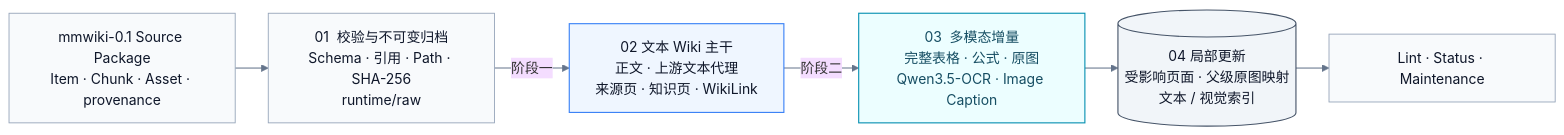
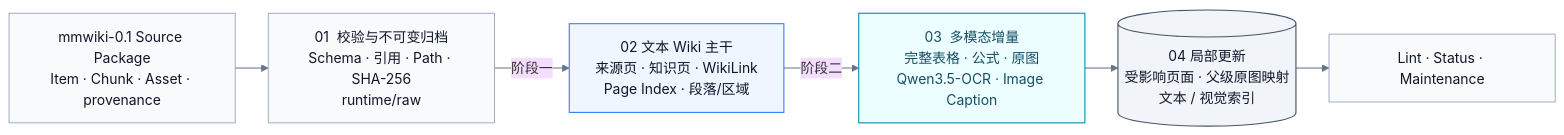
Before and after one commit to yooa722/multimodal-llm-wiki: the third of 3 diagrams in .opencode/skills/multimodal-wiki/README.md, drawn with Mermaid. The commit also changed other lines of this file and 12 other files, not shown here.

````diff
--- a/.opencode/skills/multimodal-wiki/README.md
+++ b/.opencode/skills/multimodal-wiki/README.md
@@ -124,19 +126,19 @@
 ```mermaid
 %%{init: {"theme":"base","flowchart":{"curve":"linear","nodeSpacing":32,"rankSpacing":38},"themeVariables":{"fontFamily":"Inter, -apple-system, BlinkMacSystemFont, Segoe UI, sans-serif"}}}%%
 flowchart LR
     A["mmwiki-0.1 Source Package<br/>Item · Chunk · Asset · provenance"] --> B["01  校验与不可变归档<br/>Schema · 引用 · Path · SHA-256<br/>runtime/raw"]
-    B -->|"阶段一"| C["02  文本 Wiki 主干<br/>正文 · 上游文本代理<br/>来源页 · 知识页 · WikiLink"]
+    B -->|"阶段一"| C["02  文本 Wiki 主干<br/>来源页 · 知识页 · WikiLink<br/>Page Index · 段落/区域"]
     C -->|"阶段二"| D["03  多模态增量<br/>完整表格 · 公式 · 原图<br/>Qwen3.5-OCR · Image Caption"]
     D --> E[("04  局部更新<br/>受影响页面 · 父级原图映射<br/>文本 / 视觉索引")]
     E --> F["Lint · Status · Maintenance"]
 
     class A,B,F neutral
     class C core
     class D multimodal
     class E storage
     classDef neutral fill:#F8FAFC,stroke:#94A3B8,color:#0F172A,stroke-width:1px
     classDef core fill:#EFF6FF,stroke:#3B82F6,color:#0F172A,stroke-width:1.3px
     classDef multimodal fill:#ECFEFF,stroke:#0891B2,color:#164E63,stroke-width:1.3px
     classDef storage fill:#F1F5F9,stroke:#475569,color:#0F172A,stroke-width:1.3px
     linkStyle default stroke:#64748B,stroke-width:1.2px
 ```
````
